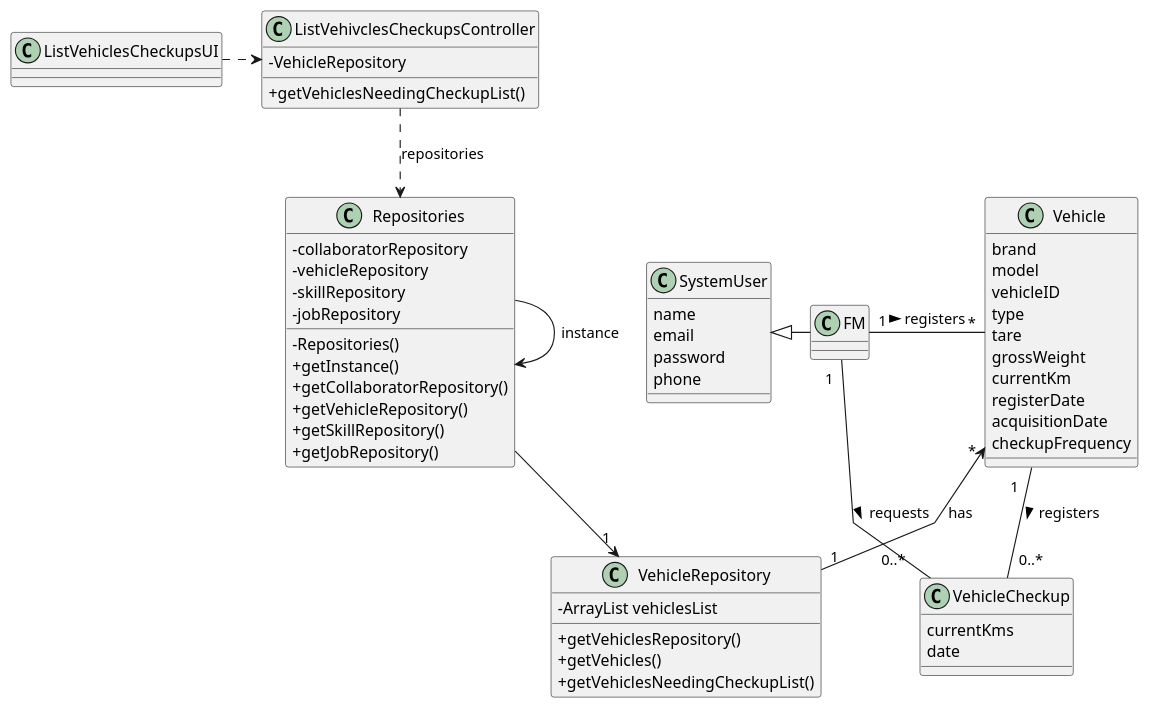
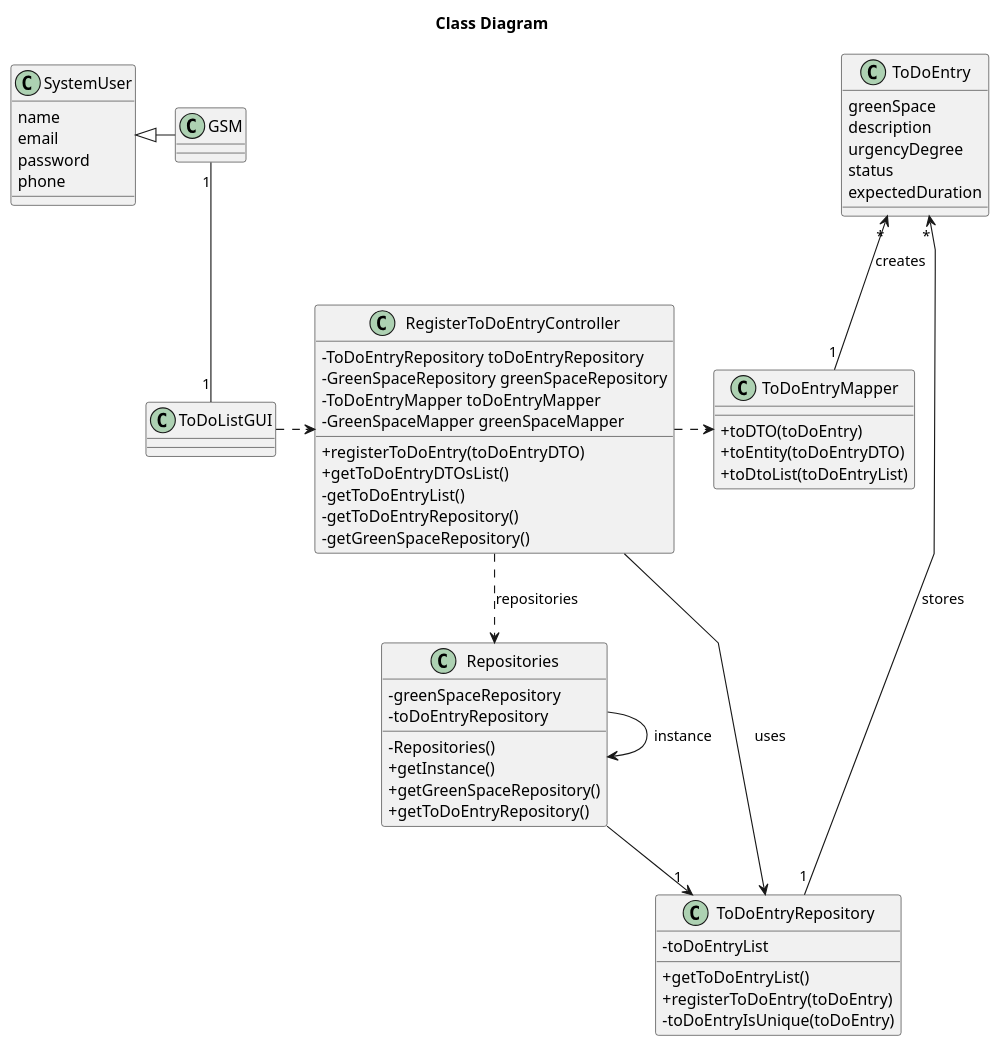
Before and after one commit to Departamento-de-Engenharia-Informatica/lei-24-s2-1do-g164: the diagram in docs/sprintC/us021/03.design/puml/us008-class-diagram.puml, drawn with PlantUML. The commit also changed 1 other file, not shown here.

Commit message:
US021(implementation): design diagrams finished

```diff
--- a/docs/sprintC/us021/03.design/puml/us008-class-diagram.puml
+++ b/docs/sprintC/us021/03.design/puml/us008-class-diagram.puml
@@ -1,83 +1,82 @@
 @startuml
 skinparam classAttributeIconSize 0
-'skinparam monochrome true
 skinparam packageStyle rectangle
 skinparam shadowing false
 skinparam linetype polyline
-'skinparam linetype orto
-skinparam classAttributeIconSize 0
 
-class Vehicle {
-        brand
-        model
-        vehicleID
-        type
-        tare
-        grossWeight
-        currentKm
-        registerDate
-        acquisitionDate
-        checkupFrequency
+title Class Diagram
 
+class ToDoEntry{
+    greenSpace
+    description
+    urgencyDegree
+    status
+    expectedDuration
 }
 
-class VehicleCheckup {
-    currentKms
-    date
-
-}
 
 
 class SystemUser {
     name
     email
     password
     phone
 }
 
-class VehicleRepository {
-    - ArrayList vehiclesList
-    + getVehiclesRepository()
-    + getVehicles()
-    + getVehiclesNeedingCheckupList()
+
+class ToDoEntryRepository {
+    - toDoEntryList
+    + getToDoEntryList()
+    + registerToDoEntry(toDoEntry)
+    - toDoEntryIsUnique(toDoEntry)
 }
 
 
 class Repositories {
-    - collaboratorRepository
-    - vehicleRepository
-    - skillRepository
-    - jobRepository
+    - greenSpaceRepository
+    - toDoEntryRepository
 
     - Repositories()
     + getInstance()
-    + getCollaboratorRepository()
-    + getVehicleRepository()
-    + getSkillRepository()
-    + getJobRepository()
+    + getGreenSpaceRepository()
+    + getToDoEntryRepository()
+}
+
+class ToDoEntryMapper {
+    + toDTO(toDoEntry)
+    + toEntity(toDoEntryDTO)
+    + toDtoList(toDoEntryList)
+}
+
+
+class RegisterToDoEntryController {
+    - ToDoEntryRepository toDoEntryRepository
+    - GreenSpaceRepository greenSpaceRepository
+    - ToDoEntryMapper toDoEntryMapper
+    - GreenSpaceMapper greenSpaceMapper
+    + registerToDoEntry(toDoEntryDTO)
+    + getToDoEntryDTOsList()
+    - getToDoEntryList()
+    - getToDoEntryRepository()
+    - getGreenSpaceRepository()
 
 }
 
-
-class ListVehivclesCheckupsController {
--VehicleRepository
-  + getVehiclesNeedingCheckupList()
+class ToDoListGUI {
 
 }
 
+ToDoListGUI .> RegisterToDoEntryController
+RegisterToDoEntryController ..> Repositories : repositories
+Repositories --> "1" ToDoEntryRepository
+Repositories -> Repositories : instance
+RegisterToDoEntryController .> ToDoEntryMapper
+RegisterToDoEntryController --> ToDoEntryRepository : uses
 
+SystemUser <|- GSM
 
-ListVehiclesCheckupsUI .> ListVehivclesCheckupsController
+GSM "1" -- "1" ToDoListGUI
+ToDoEntry "*" <-- "1" ToDoEntryRepository : stores
+ToDoEntry "*" <-- "1" ToDoEntryMapper : creates
 
-
-Repositories -->"1" VehicleRepository
-Repositories -> Repositories : instance
-ListVehivclesCheckupsController ..> Repositories : repositories
-Vehicle "*" <-- "1" VehicleRepository : has
-
-
-FM "1" - "*" Vehicle : registers >
-Vehicle "1   " -- "0..*                        " VehicleCheckup : registers >
-FM "           1 " - "0..*   " VehicleCheckup : requests >
-SystemUser <|- FM
 @enduml
```
